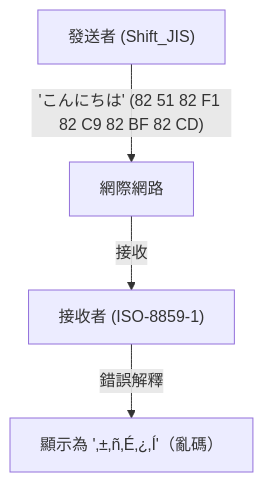
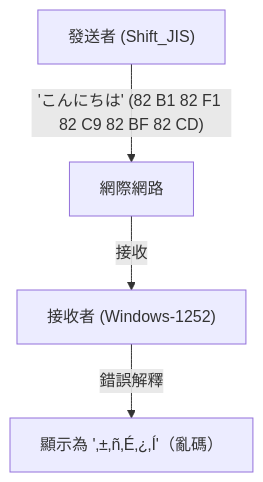
One commit to kenjinote/blog changed the first of 2 diagrams in content/post/history-of-unicode-encoding/index.zh-tw.md. Above: the diagram before and after it, drawn with Mermaid. The commit also changed other lines of this file and 28 other files, not shown here.

````diff
--- a/content/post/history-of-unicode-encoding/index.zh-tw.md
+++ b/content/post/history-of-unicode-encoding/index.zh-tw.md
@@ -34,6 +35,6 @@
 ```mermaid
 graph TD
-    A["發送者 (Shift_JIS)"] -- "'こんにちは' (82 51 82 F1 82 C9 82 BF 82 CD)" --> B["網際網路"]
-    B -- "接收" --> C["接收者 (ISO-8859-1)"]
+    A["發送者 (Shift_JIS)"] -- "'こんにちは' (82 B1 82 F1 82 C9 82 BF 82 CD)" --> B["網際網路"]
+    B -- "接收" --> C["接收者 (Windows-1252)"]
     C -- "錯誤解釋" --> D["顯示為 '‚±‚ñ‚É‚¿‚Í'（亂碼）"]
 ```
````
